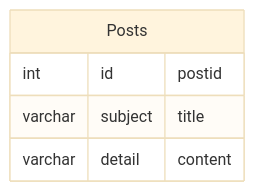
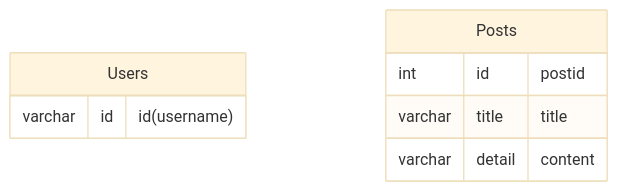
Before and after one commit to tootoyproject/Backend: the diagram in Readme.md, drawn with Mermaid (base theme).

Commit message:
add users to Readme.md

````diff
--- a/Readme.md
+++ b/Readme.md
@@ -4,9 +4,13 @@
 ```mermaid
 erDiagram
+    Users {
+        varchar  id "id(username)"
+    }
+    
     Posts {
         int id  "postid"
-        varchar subject "title"
+        varchar title "title"
         varchar detail "content"
     }
 
 ```
````
